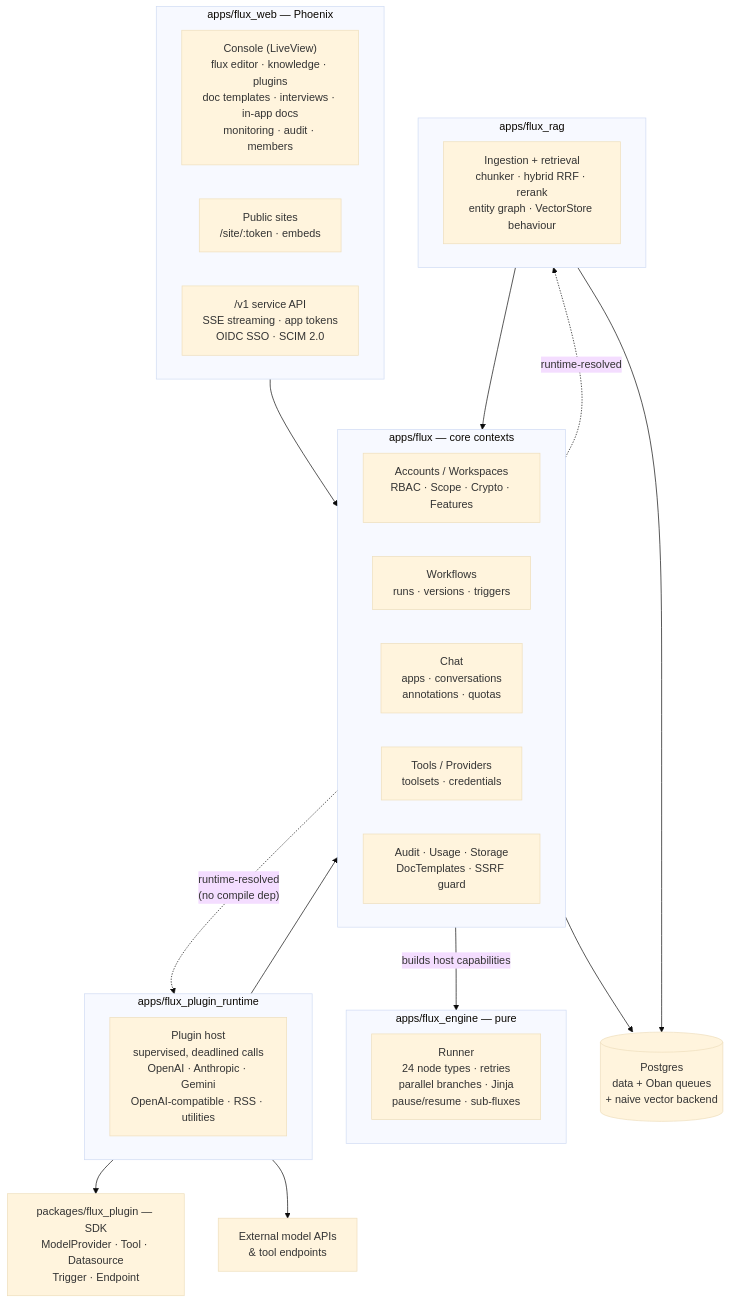
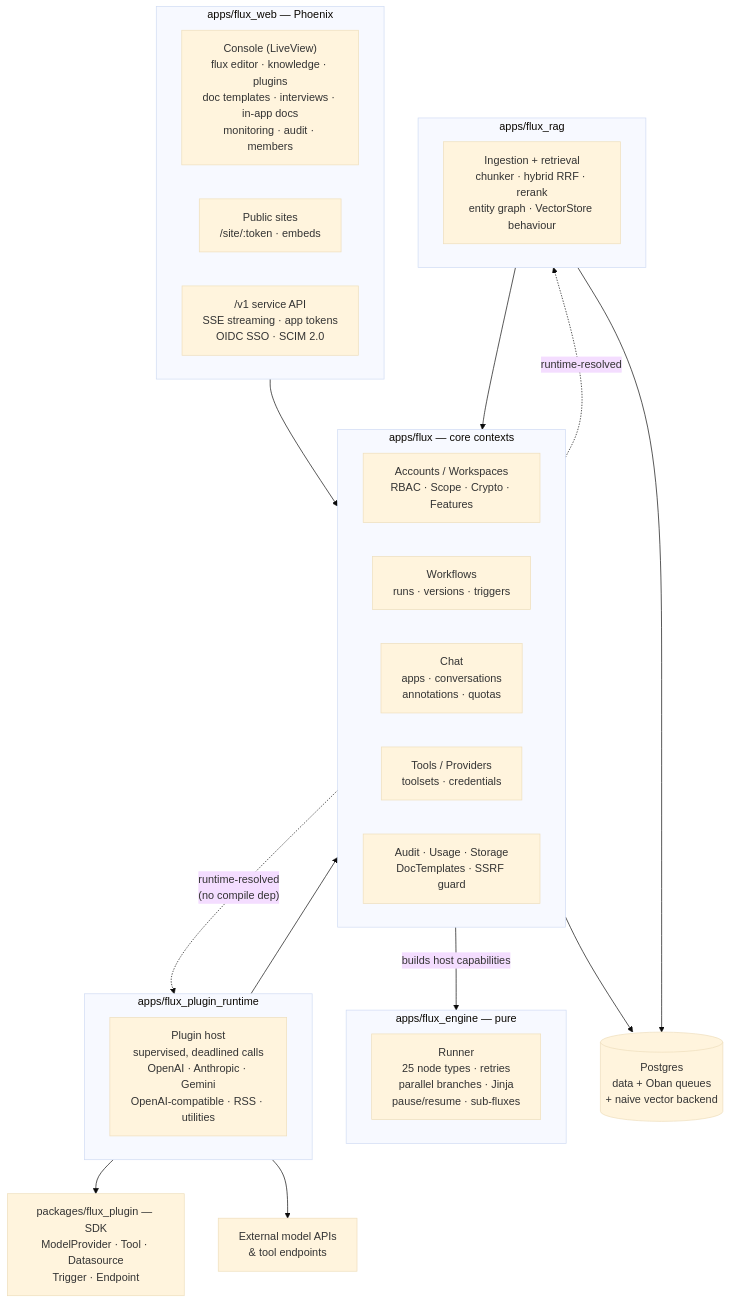
Before and after one commit to canuckasaurus/fluxcapacitor: the first of 2 diagrams in README.md, drawn with Mermaid (base theme). The commit also changed other lines of this file and 17 other files, not shown here.

````diff
--- a/README.md
+++ b/README.md
@@ -93,44 +102,44 @@
 ```mermaid
 flowchart TB
     subgraph web["apps/flux_web — Phoenix"]
         console["Console (LiveView)\nflux editor · knowledge · plugins\ndoc templates · interviews · in-app docs\nmonitoring · audit · members"]
         sites["Public sites\n/site/:token · embeds"]
         api["/v1 service API\nSSE streaming · app tokens\nOIDC SSO · SCIM 2.0"]
     end
 
     subgraph core["apps/flux — core contexts"]
         accounts["Accounts / Workspaces\nRBAC · Scope · Crypto · Features"]
         workflows["Workflows\nruns · versions · triggers"]
         chat["Chat\napps · conversations\nannotations · quotas"]
         tools["Tools / Providers\ntoolsets · credentials"]
         audit["Audit · Usage · Storage\nDocTemplates · SSRF guard"]
     end
 
     subgraph engine["apps/flux_engine — pure"]
-        runner["Runner\n24 node types · retries\nparallel branches · Jinja\npause/resume · sub-fluxes"]
+        runner["Runner\n25 node types · retries\nparallel branches · Jinja\npause/resume · sub-fluxes"]
     end
 
     subgraph runtime["apps/flux_plugin_runtime"]
         plugins["Plugin host\nsupervised, deadlined calls\nOpenAI · Anthropic · Gemini\nOpenAI-compatible · RSS · utilities"]
     end
 
     subgraph rag["apps/flux_rag"]
         pipeline["Ingestion + retrieval\nchunker · hybrid RRF · rerank\nentity graph · VectorStore behaviour"]
     end
 
     sdk["packages/flux_plugin — SDK\nModelProvider · Tool · Datasource\nTrigger · Endpoint"]
 
     pg[("Postgres\ndata + Oban queues\n+ naive vector backend")]
     ext["External model APIs\n& tool endpoints"]
 
     web --> core
     core -->|"builds host capabilities"| engine
     core -.->|"runtime-resolved\n(no compile dep)"| runtime
     core -.->|"runtime-resolved"| rag
     rag --> core
     runtime --> core
     runtime --> sdk
     runtime --> ext
     core --> pg
     rag --> pg
 ```
````
